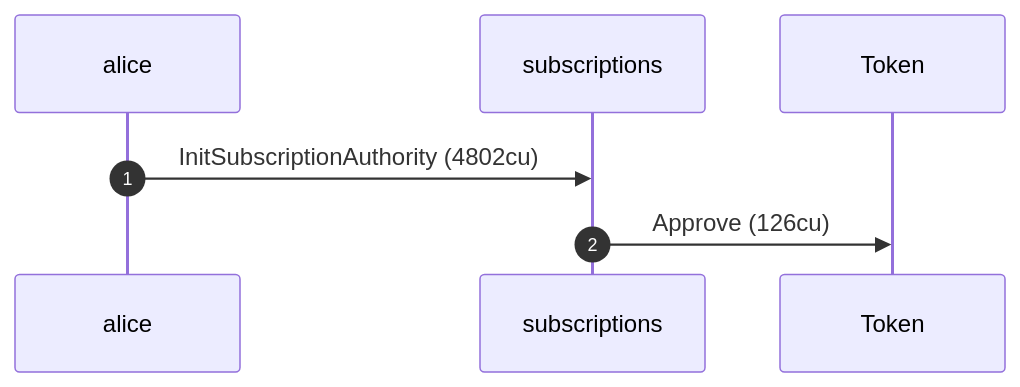
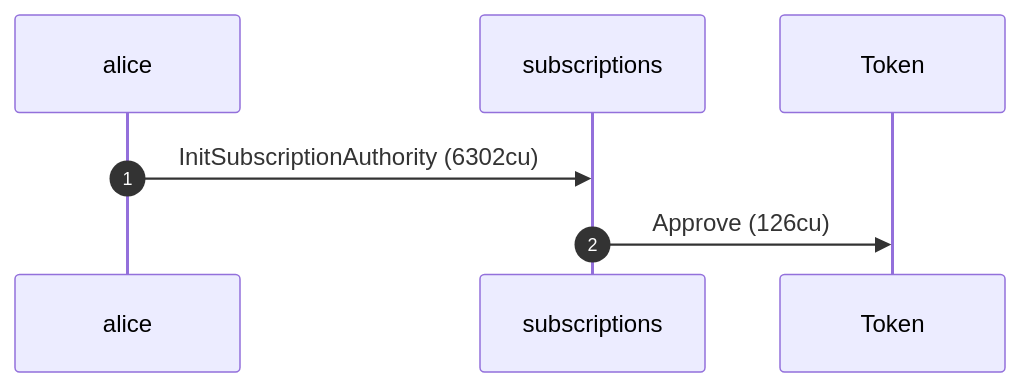
One commit to cds-rs/subscriptions changed the fifth of 8 diagrams in dsl_tests/idempotent-init-preserves-the-original-payer.md. Above: the diagram before and after it, drawn with Mermaid. The commit also changed other lines of this file and 224 other files, not shown here.

````diff
--- a/dsl_tests/idempotent-init-preserves-the-original-payer.md
+++ b/dsl_tests/idempotent-init-preserves-the-original-payer.md
@@ -112,9 +118,9 @@
 ```mermaid
 sequenceDiagram
     autonumber
     participant alice
     participant subscriptions
     participant Token
-    alice ->> subscriptions: InitSubscriptionAuthority (4802cu)
+    alice ->> subscriptions: InitSubscriptionAuthority (6302cu)
     subscriptions ->> Token: Approve (126cu)
 ```
````
